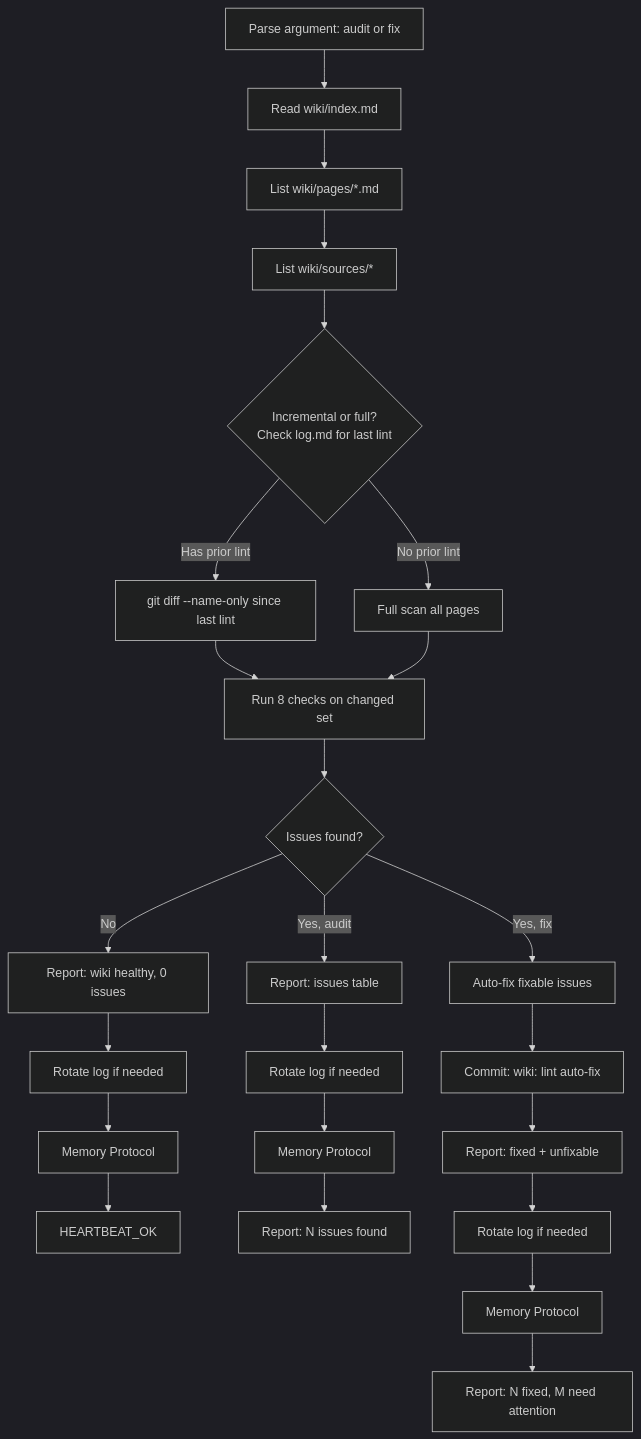
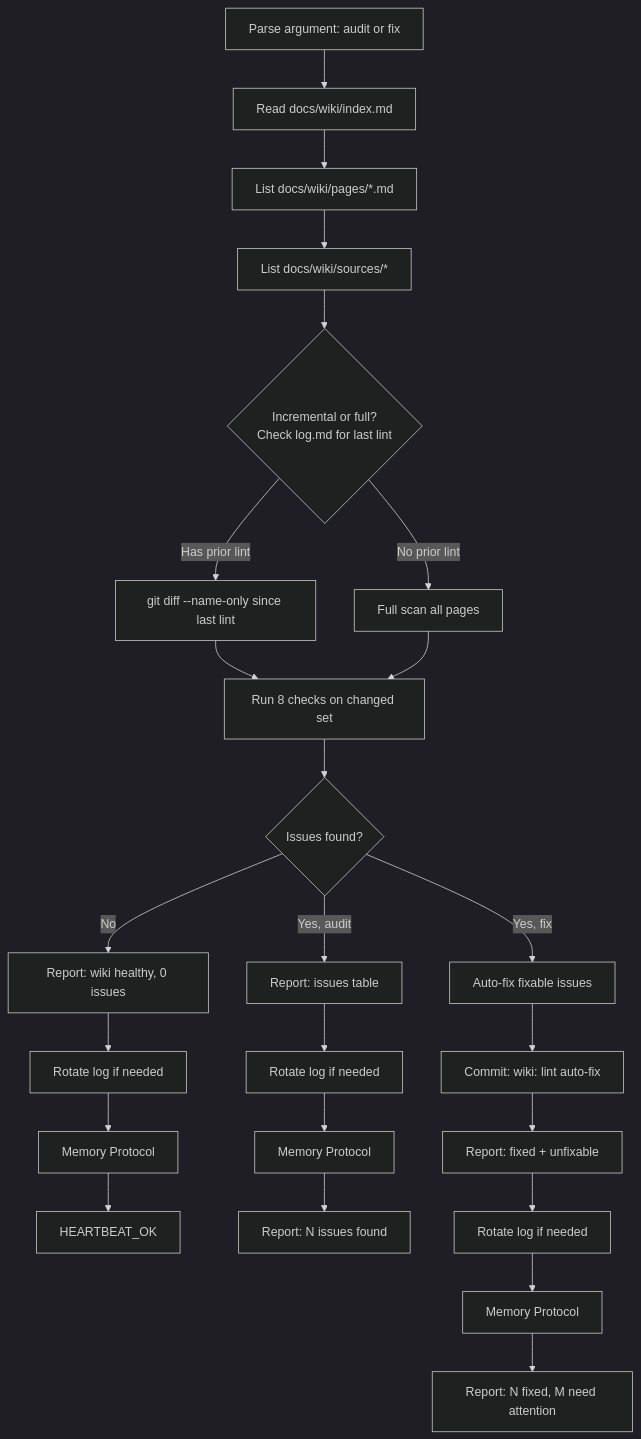
One commit to ryaneggz/open-harness changed the diagram in workspace/.claude/skills/wiki-lint/SKILL.md. Above: the diagram before and after it, drawn with Mermaid (dark theme). The commit also changed other lines of this file and 188 other files, not shown here.

````diff
--- a/workspace/.claude/skills/wiki-lint/SKILL.md
+++ b/workspace/.claude/skills/wiki-lint/SKILL.md
@@ -20,31 +20,31 @@
 ```mermaid
 flowchart TD
-    A["Parse argument: audit or fix"] --> B[Read wiki/index.md]
-    B --> C["List wiki/pages/*.md"]
-    C --> D["List wiki/sources/*"]
+    A["Parse argument: audit or fix"] --> B[Read docs/wiki/index.md]
+    B --> C["List docs/wiki/pages/*.md"]
+    C --> D["List docs/wiki/sources/*"]
     D --> E{Incremental or full?<br>Check log.md for last lint}
 
     E -->|"Has prior lint"| F["git diff --name-only since last lint"]
     E -->|"No prior lint"| G[Full scan all pages]
     F --> H[Run 8 checks on changed set]
     G --> H
 
     H --> I{Issues found?}
 
     I -->|No| CLEAN["Report: wiki healthy, 0 issues"]
     CLEAN --> ROT[Rotate log if needed]
     ROT --> MEM_CLEAN[Memory Protocol]
     MEM_CLEAN --> Z_CLEAN[HEARTBEAT_OK]
 
     I -->|"Yes, audit"| REPORT["Report: issues table"]
     REPORT --> ROT2[Rotate log if needed]
     ROT2 --> MEM_REPORT[Memory Protocol]
     MEM_REPORT --> Z_REPORT["Report: N issues found"]
 
     I -->|"Yes, fix"| FIX[Auto-fix fixable issues]
     FIX --> COMMIT["Commit: wiki: lint auto-fix"]
     COMMIT --> UNFIXED["Report: fixed + unfixable"]
     UNFIXED --> ROT3[Rotate log if needed]
     ROT3 --> MEM_FIX[Memory Protocol]
     MEM_FIX --> Z_FIX["Report: N fixed, M need attention"]
 ```
````
